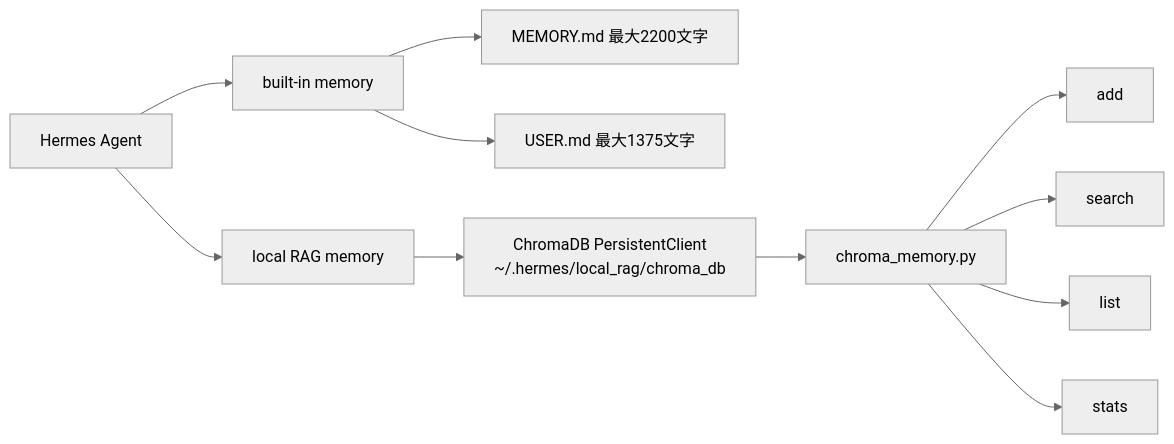
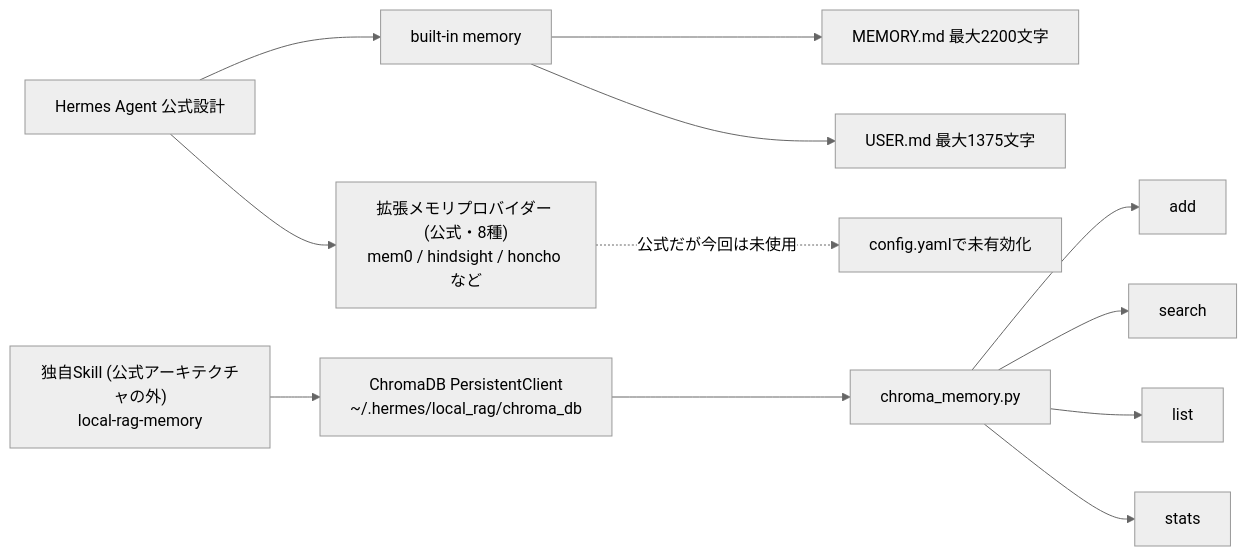
Before and after one commit to HasutoSasaki/articles: the first of 2 diagrams in articles/chromadb-query-get-return-shape-bug.md, drawn with Mermaid (neutral theme). The commit also changed other lines of this file and 1 other file, not shown here.

````diff
--- a/articles/chromadb-query-get-return-shape-bug.md
+++ b/articles/chromadb-query-get-return-shape-bug.md
@@ -28,15 +31,17 @@
 ```mermaid
 flowchart LR
-    Agent[Hermes Agent] --> Built[built-in memory]
-    Agent --> Rag[local RAG memory]
+    Agent[Hermes Agent 公式設計] --> Built[built-in memory]
+    Agent --> Providers["拡張メモリプロバイダー (公式・8種)\nmem0 / hindsight / honcho など"]
 
     Built --> Memory["MEMORY.md 最大2200文字"]
     Built --> User["USER.md 最大1375文字"]
 
-    Rag --> Chroma["ChromaDB PersistentClient\n~/.hermes/local_rag/chroma_db"]
+    Providers -.公式だが今回は未使用.-> NotUsed[config.yamlで未有効化]
+
+    Custom["独自Skill (公式アーキテクチャの外)\nlocal-rag-memory"] --> Chroma["ChromaDB PersistentClient\n~/.hermes/local_rag/chroma_db"]
     Chroma --> Cli["chroma_memory.py"]
     Cli --> Add[add]
     Cli --> Search[search]
     Cli --> List[list]
     Cli --> Stats[stats]
 ```
````
